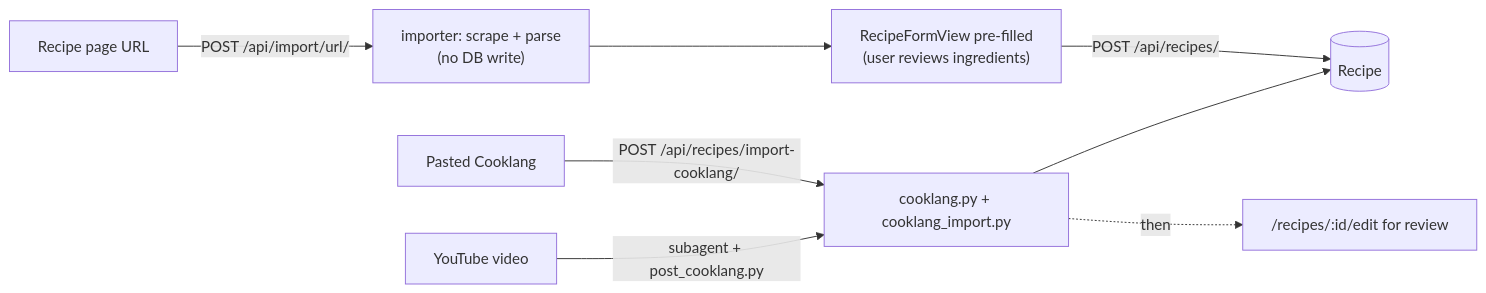
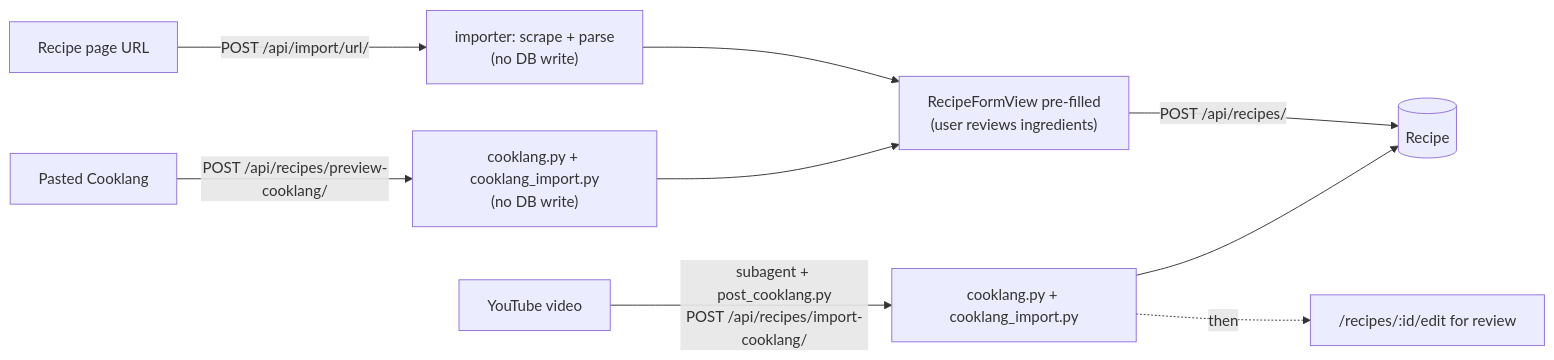
The second of 4 diagrams in docs/developer/architecture.md (jacquesfize/cocotteapp), drawn with Mermaid before and after one commit. The commit also changed other lines of this file and 14 other files, not shown here.

First line of the commit message:
Open the pre-filled recipe form when pasting Cooklang (#55) (#65)

````diff
--- a/docs/developer/architecture.md
+++ b/docs/developer/architecture.md
@@ -195,10 +195,11 @@
 ```mermaid
 flowchart LR
     URL["Recipe page URL"] -->|"POST /api/import/url/"| Preview["importer: scrape + parse<br/>(no DB write)"]
     Preview --> Form["RecipeFormView pre-filled<br/>(user reviews ingredients)"]
     Form -->|"POST /api/recipes/"| Recipe[(Recipe)]
-    Paste["Pasted Cooklang"] -->|"POST /api/recipes/import-cooklang/"| Convert["cooklang.py + cooklang_import.py"]
-    YT["YouTube video"] -->|"subagent + post_cooklang.py"| Convert
+    Paste["Pasted Cooklang"] -->|"POST /api/recipes/preview-cooklang/"| CPreview["cooklang.py + cooklang_import.py<br/>(no DB write)"]
+    CPreview --> Form
+    YT["YouTube video"] -->|"subagent + post_cooklang.py<br/>POST /api/recipes/import-cooklang/"| Convert["cooklang.py + cooklang_import.py"]
     Convert --> Recipe
     Convert -.->|"then"| Edit["/recipes/:id/edit for review"]
 ```
````
